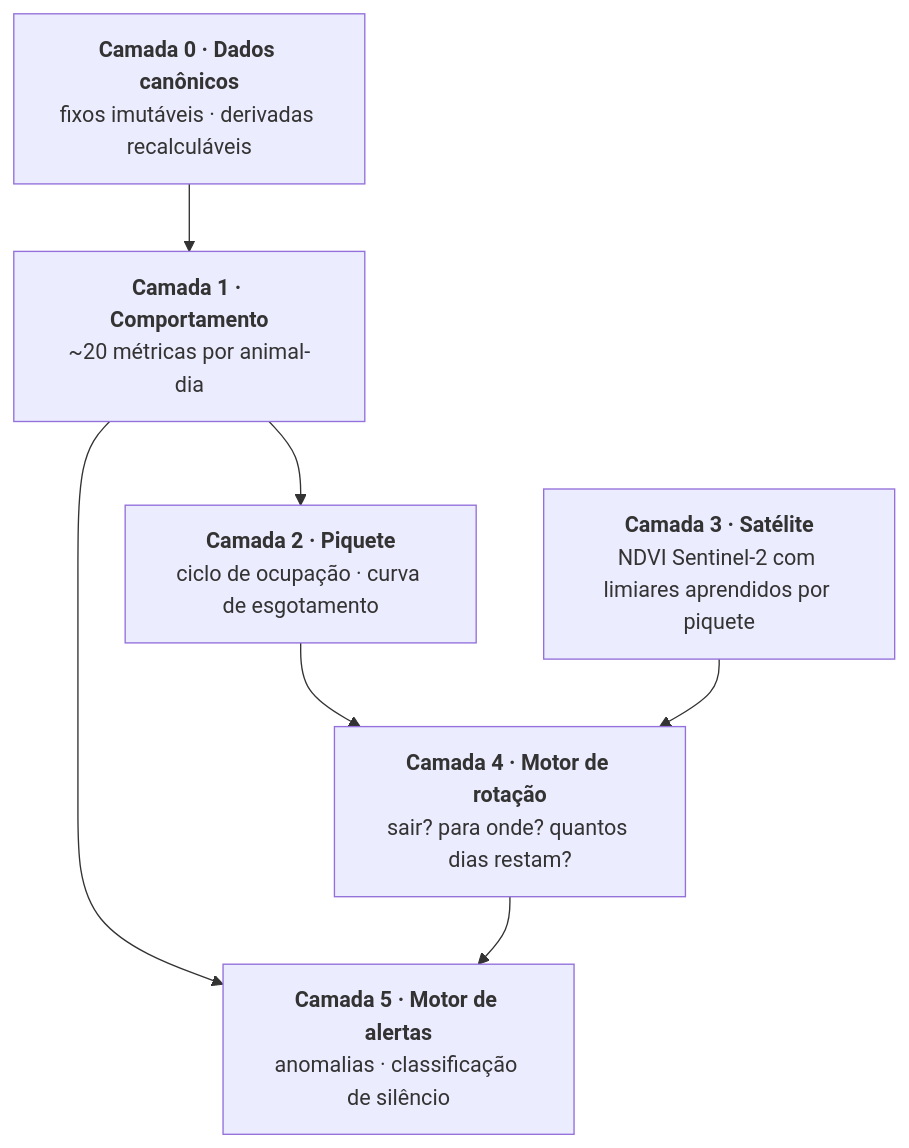
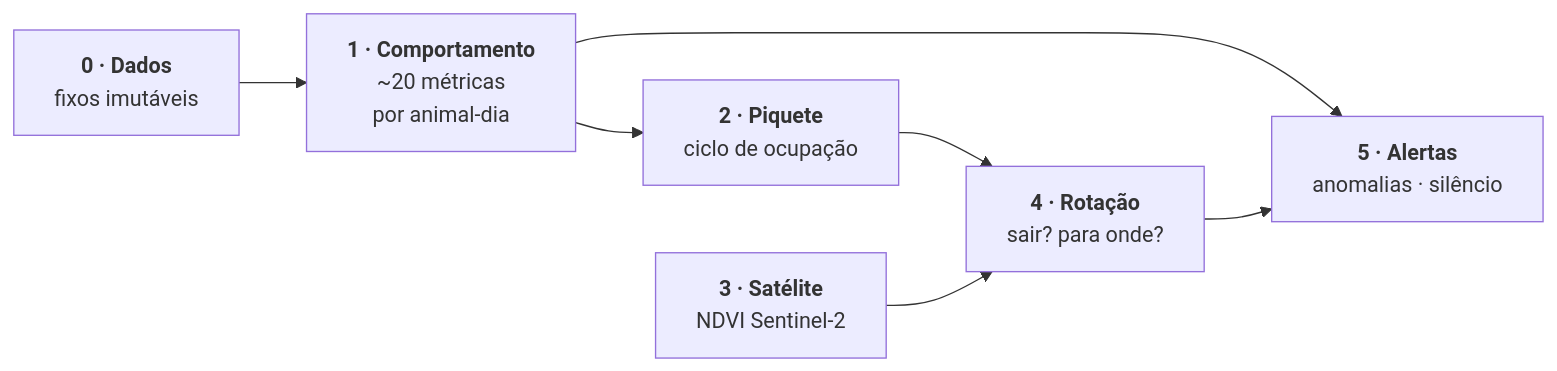
Before and after one commit to GabrielBassiDeBM/con-hectar-showcase: the diagram in README.md, drawn with Mermaid. The commit also changed other lines of this file, not shown here.

````diff
--- a/README.md
+++ b/README.md
@@ -250,13 +281,13 @@
 ```mermaid
-flowchart TB
-  L0["<b>Camada 0 · Dados canônicos</b><br/>fixos imutáveis · derivadas recalculáveis"]
-  L1["<b>Camada 1 · Comportamento</b><br/>~20 métricas por animal-dia"]
-  L2["<b>Camada 2 · Piquete</b><br/>ciclo de ocupação · curva de esgotamento"]
-  L3["<b>Camada 3 · Satélite</b><br/>NDVI Sentinel-2 com limiares aprendidos por piquete"]
-  L4["<b>Camada 4 · Motor de rotação</b><br/>sair? para onde? quantos dias restam?"]
-  L5["<b>Camada 5 · Motor de alertas</b><br/>anomalias · classificação de silêncio"]
+flowchart LR
+  L0["<b>0 · Dados</b><br/>fixos imutáveis"]
+  L1["<b>1 · Comportamento</b><br/>~20 métricas<br/>por animal-dia"]
+  L2["<b>2 · Piquete</b><br/>ciclo de ocupação"]
+  L3["<b>3 · Satélite</b><br/>NDVI Sentinel-2"]
+  L4["<b>4 · Rotação</b><br/>sair? para onde?"]
+  L5["<b>5 · Alertas</b><br/>anomalias · silêncio"]
   L0 --> L1 --> L2 --> L4
   L3 --> L4
   L1 --> L5
   L4 --> L5
 ```
````
